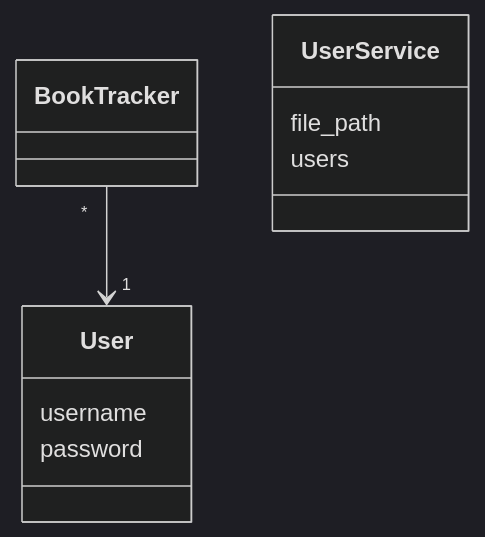
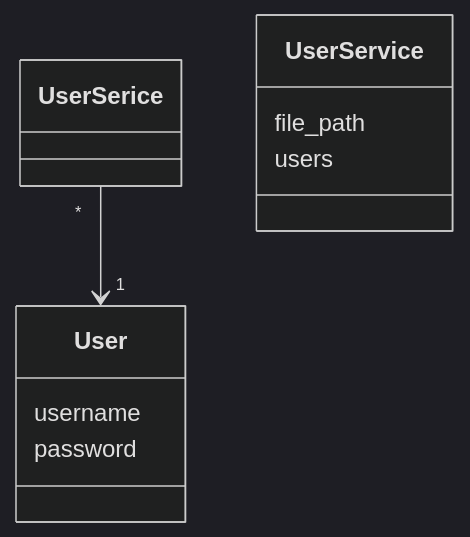
Before and after one commit to sandraole/ot-harjoitustyo: the diagram in dokumentaatio/arkkitehtuuri.md, drawn with Mermaid (dark theme). The commit also changed other lines of this file, not shown here.

````diff
--- a/dokumentaatio/arkkitehtuuri.md
+++ b/dokumentaatio/arkkitehtuuri.md
@@ -3,12 +3,12 @@
 ```mermaid
  classDiagram
-      Book Tracker "*" --> "1" User
+      UserSerice "*" --> "1" User
       class User{
           username
           password
       }
       class UserService{
           file_path
           users
       }
 ```
````
